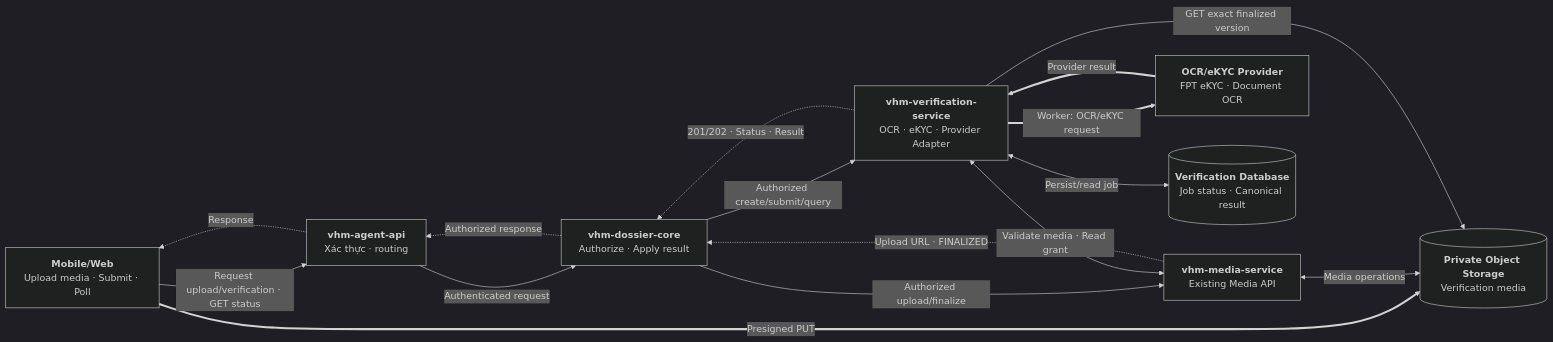
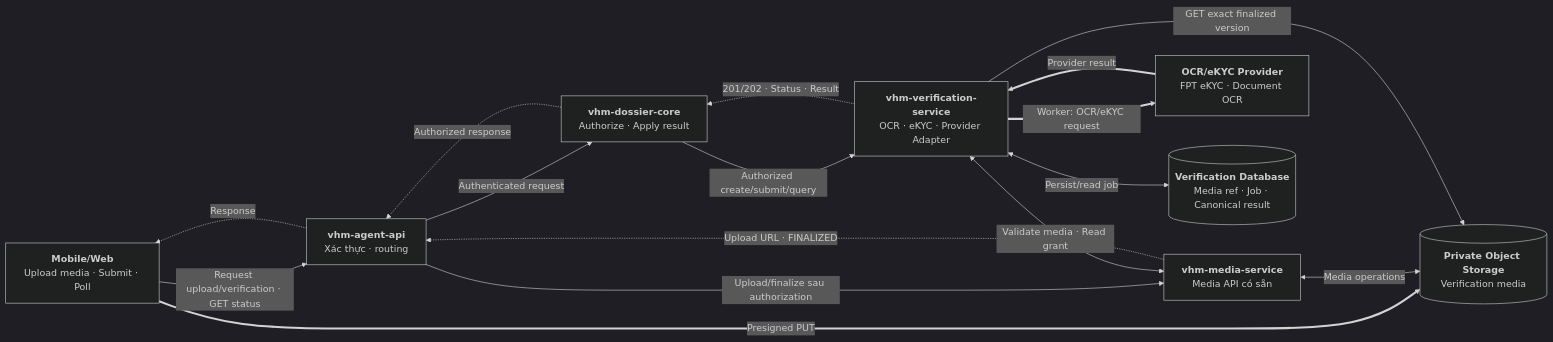
The first of 8 diagrams in noxh.md (huynv-xyz/vhm), drawn with Mermaid (dark theme) before and after one commit. The commit also changed other lines of this file, not shown here.

````diff
--- a/noxh.md
+++ b/noxh.md
@@ -75,37 +75,37 @@
 ```mermaid
 flowchart LR
     CLIENT["`**Mobile/Web**
 Upload media · Submit · Poll`"]
     BFF["`**vhm-agent-api**
 Xác thực · routing`"]
     DOSSIER["`**vhm-dossier-core**
 Authorize · Apply result`"]
     MEDIA_SERVICE["`**vhm-media-service**
-Existing Media API`"]
+Media API có sẵn`"]
     VERIFY["`**vhm-verification-service**
 OCR · eKYC · Provider Adapter`"]
     MEDIA[("`**Private Object Storage**
 Verification media`")]
     PROVIDER["`**OCR/eKYC Provider**
 FPT eKYC · Document OCR`"]
     DB[("`**Verification Database**
-Job status · Canonical result`")]
+Media ref · Job · Canonical result`")]
 
     CLIENT -->|"Request upload/verification · GET status"| BFF
     BFF -->|"Authenticated request"| DOSSIER
-    DOSSIER -->|"Authorized upload/finalize"| MEDIA_SERVICE
+    BFF -->|"Upload/finalize sau authorization"| MEDIA_SERVICE
     DOSSIER -->|"Authorized create/submit/query"| VERIFY
 
     CLIENT ==>|"Presigned PUT"| MEDIA
     MEDIA_SERVICE <-->|"Media operations"| MEDIA
     VERIFY <-->|"Validate media · Read grant"| MEDIA_SERVICE
     VERIFY -->|"GET exact finalized version"| MEDIA
     VERIFY ==>|"Worker: OCR/eKYC request"| PROVIDER
     PROVIDER ==>|"Provider result"| VERIFY
     VERIFY <-->|"Persist/read job"| DB
 
-    MEDIA_SERVICE -.->|"Upload URL · FINALIZED"| DOSSIER
+    MEDIA_SERVICE -.->|"Upload URL · FINALIZED"| BFF
     VERIFY -.->|"201/202 · Status · Result"| DOSSIER
     DOSSIER -.->|"Authorized response"| BFF
     BFF -.->|"Response"| CLIENT
 ```
````
